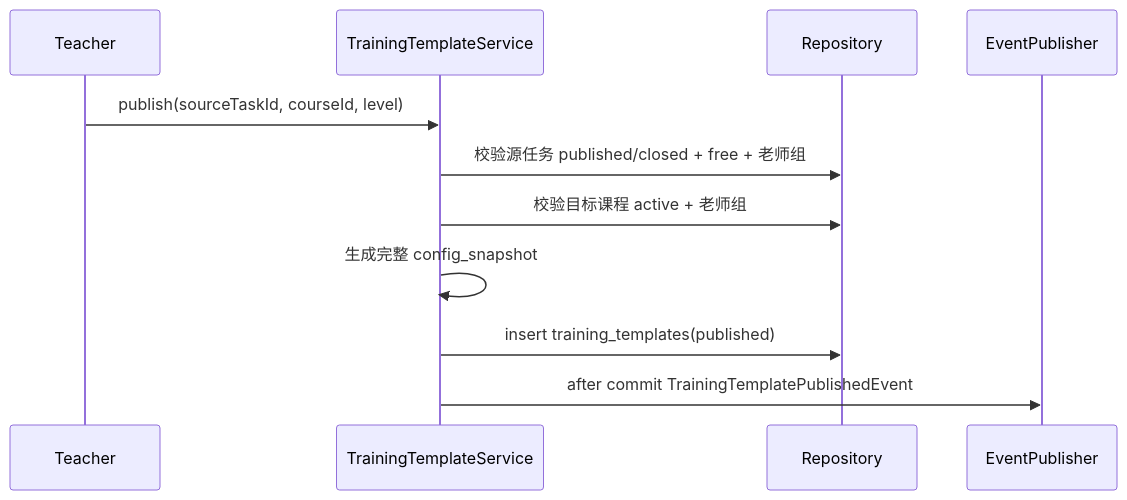
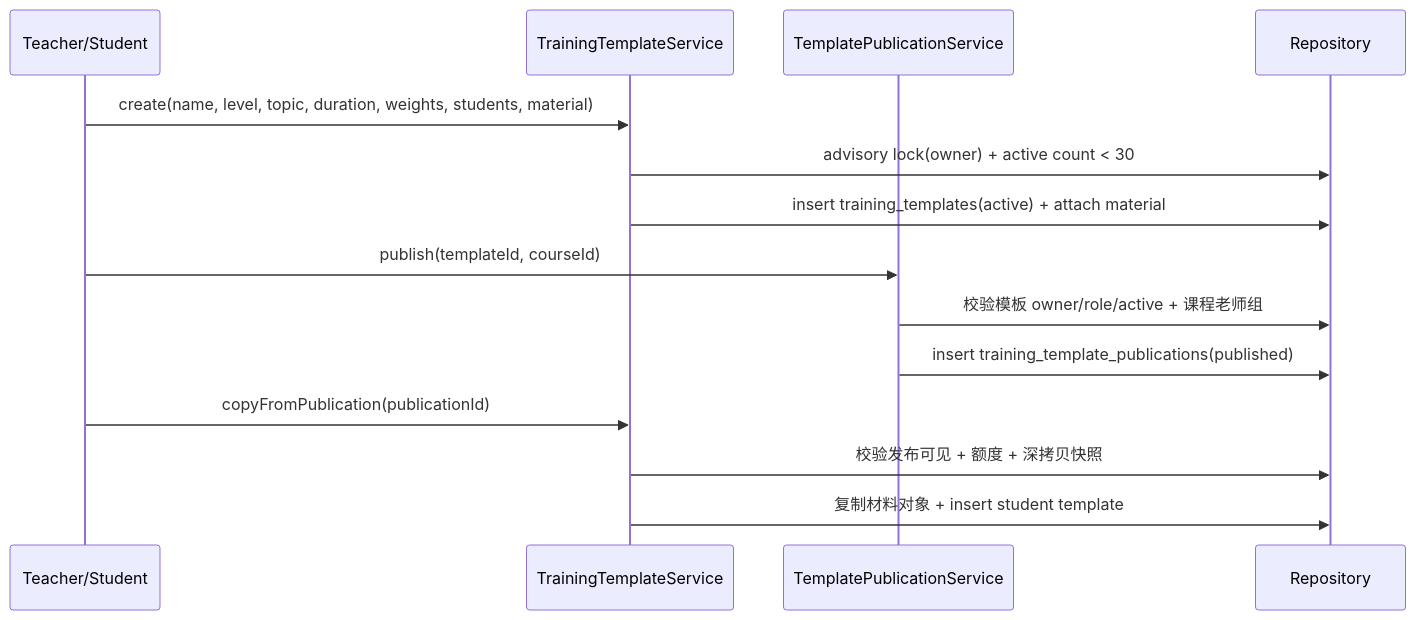
Diagram 11 of 12 in docs/design/14-后端代码实现设计.md (Savior-R/reGroupprojectV1), drawn with Mermaid before and after one commit. The commit also changed other lines of this file and 257 other files, not shown here.

````diff
--- a/docs/design/14-后端代码实现设计.md
+++ b/docs/design/14-后端代码实现设计.md
@@ -850,13 +870,16 @@
 ```mermaid
 sequenceDiagram
-  participant T as Teacher
+  participant U as Teacher/Student
   participant A as TrainingTemplateService
+  participant P as TemplatePublicationService
   participant DB as Repository
-  participant E as EventPublisher
-  T->>A: publish(sourceTaskId, courseId, level)
-  A->>DB: 校验源任务 published/closed + free + 老师组
-  A->>DB: 校验目标课程 active + 老师组
-  A->>A: 生成完整 config_snapshot
-  A->>DB: insert training_templates(published)
-  A->>E: after commit TrainingTemplatePublishedEvent
+  U->>A: create(name, level, topic, duration, weights, students, material)
+  A->>DB: advisory lock(owner) + active count < 30
+  A->>DB: insert training_templates(active) + attach material
+  U->>P: publish(templateId, courseId)
+  P->>DB: 校验模板 owner/role/active + 课程老师组
+  P->>DB: insert training_template_publications(published)
+  U->>A: copyFromPublication(publicationId)
+  A->>DB: 校验发布可见 + 额度 + 深拷贝快照
+  A->>DB: 复制材料对象 + insert student template
 ```
````
